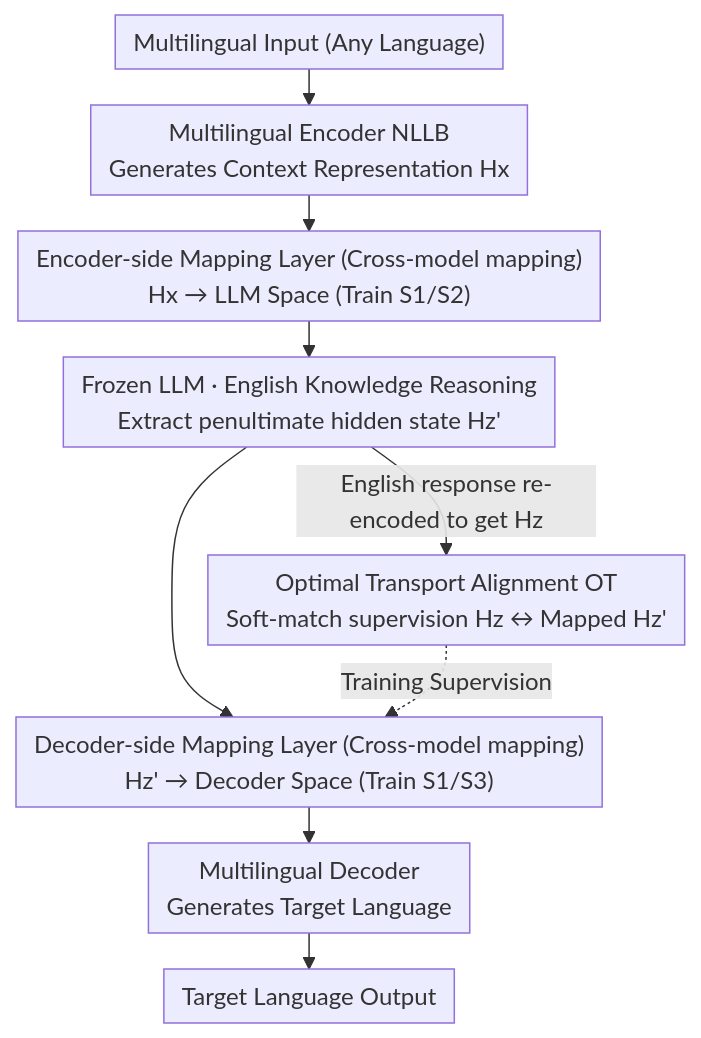
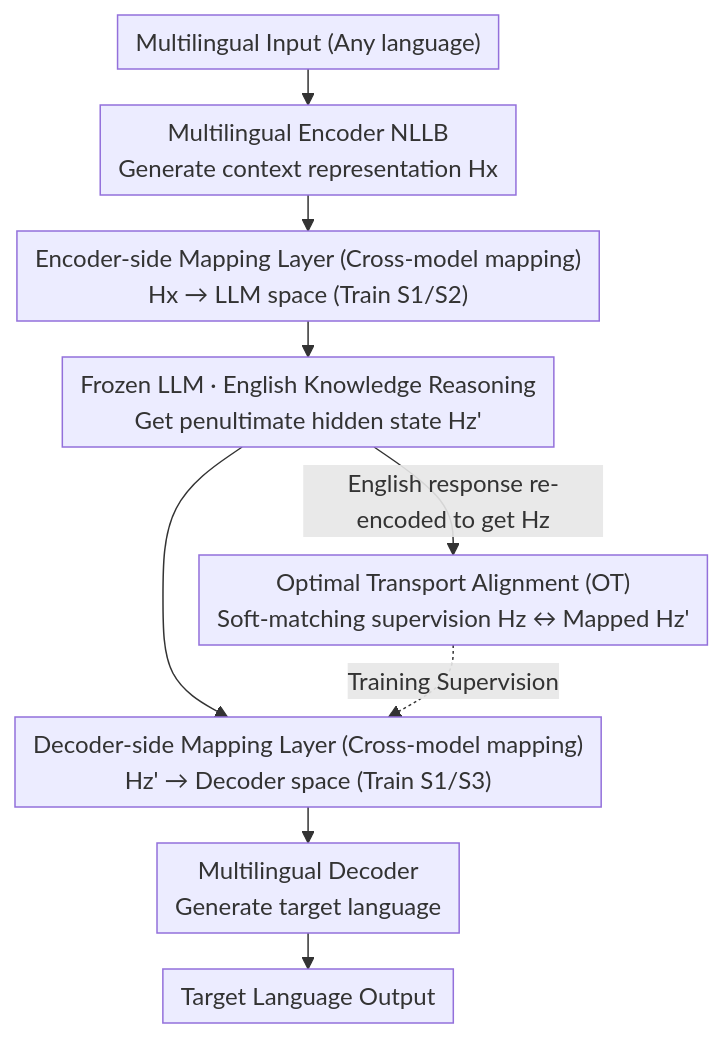
The diagram in docs/ACL2026/multilingual_mt/language_on_demand_knowledge_at_core_composing_llms_with_encoder-decoder_transla.md (zhaoyang97/Paper-Notes-en), drawn with Mermaid before and after one commit. The commit also changed other lines of this file and 5084 other files, not shown here.

````diff
--- a/docs/ACL2026/multilingual_mt/language_on_demand_knowledge_at_core_composing_llms_with_encoder-decoder_transla.md
+++ b/docs/ACL2026/multilingual_mt/language_on_demand_knowledge_at_core_composing_llms_with_encoder-decoder_transla.md
@@ -44,12 +44,12 @@
 ```mermaid
 %%{init: {'flowchart': {'rankSpacing': 24, 'nodeSpacing': 28, 'padding': 6, 'wrappingWidth': 400}}}%%
 flowchart TD
-    A["Multilingual Input (Any Language)"] --> B["Multilingual Encoder NLLB<br/>Generates Context Representation Hx"]
-    B --> C["Encoder-side Mapping Layer (Cross-model mapping)<br/>Hx → LLM Space (Train S1/S2)"]
-    C --> D["Frozen LLM · English Knowledge Reasoning<br/>Extract penultimate hidden state Hz'"]
-    D --> E["Decoder-side Mapping Layer (Cross-model mapping)<br/>Hz' → Decoder Space (Train S1/S3)"]
-    E --> F["Multilingual Decoder<br/>Generates Target Language"]
+    A["Multilingual Input (Any language)"] --> B["Multilingual Encoder NLLB<br/>Generate context representation Hx"]
+    B --> C["Encoder-side Mapping Layer (Cross-model mapping)<br/>Hx → LLM space (Train S1/S2)"]
+    C --> D["Frozen LLM · English Knowledge Reasoning<br/>Get penultimate hidden state Hz'"]
+    D --> E["Decoder-side Mapping Layer (Cross-model mapping)<br/>Hz' → Decoder space (Train S1/S3)"]
+    E --> F["Multilingual Decoder<br/>Generate target language"]
     F --> G["Target Language Output"]
-    D -->|"English response re-encoded to get Hz"| H["Optimal Transport Alignment OT<br/>Soft-match supervision Hz ↔ Mapped Hz'"]
+    D -->|"English response re-encoded to get Hz"| H["Optimal Transport Alignment (OT)<br/>Soft-matching supervision Hz ↔ Mapped Hz'"]
     H -.Training Supervision.-> E
 ```
````
